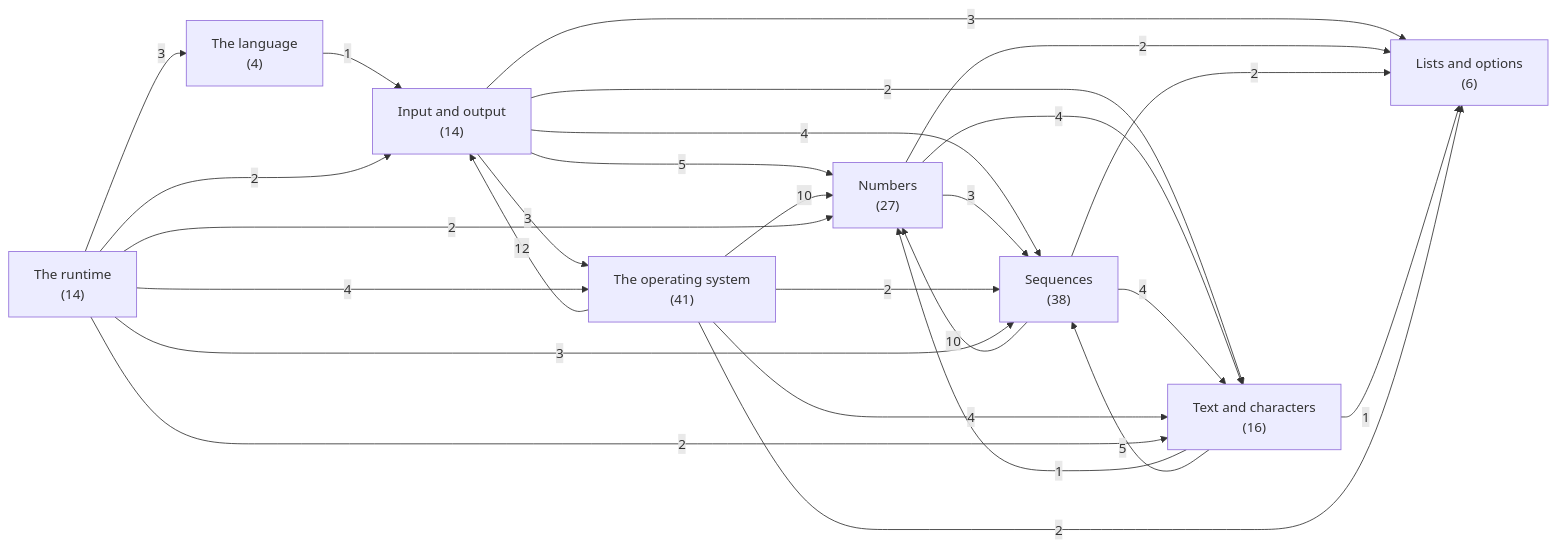
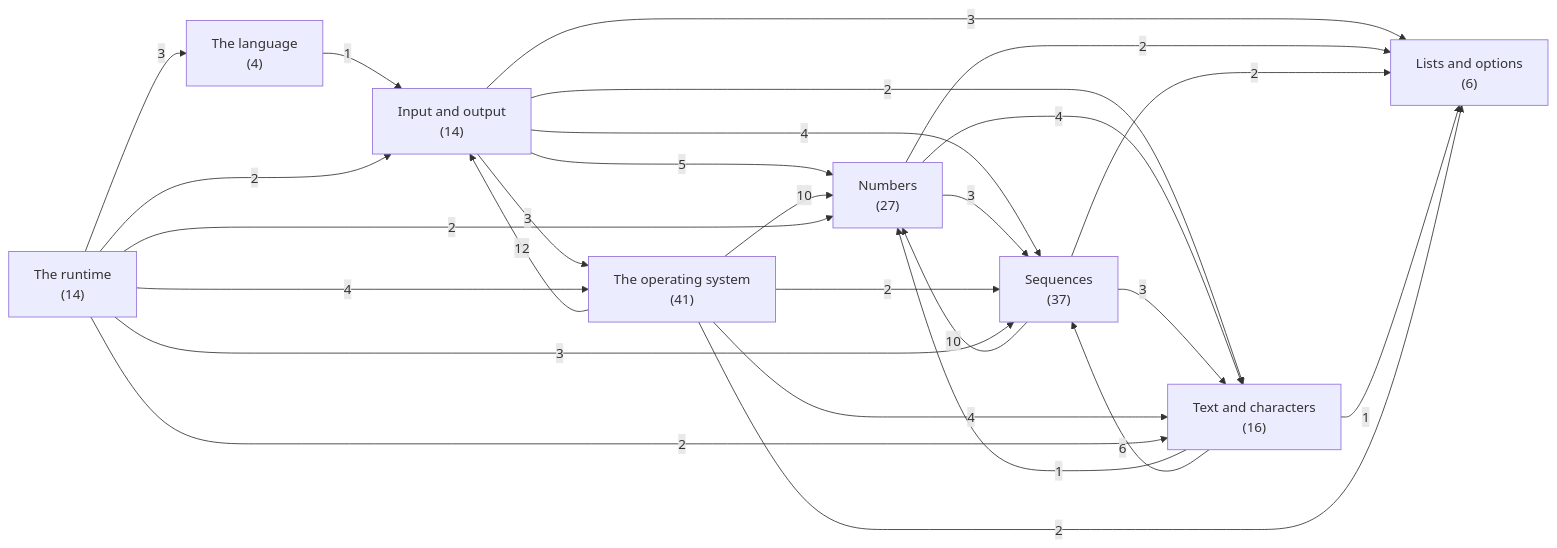
Before and after one commit to ruudkoot/rune: the first of 9 diagrams in docs/lib/basis/depends.md, drawn with Mermaid. The commit also changed other lines of this file and 80 other files, not shown here.

````diff
--- a/docs/lib/basis/depends.md
+++ b/docs/lib/basis/depends.md
@@ -24,37 +24,37 @@
 ```mermaid
 flowchart LR
   a0["The language<br>(4)"]
   a1["Text and characters<br>(16)"]
   a2["Lists and options<br>(6)"]
   a3["Numbers<br>(27)"]
-  a4["Sequences<br>(38)"]
+  a4["Sequences<br>(37)"]
   a5["The operating system<br>(41)"]
   a6["Input and output<br>(14)"]
   a7["The runtime<br>(14)"]
   a6 -- 3 --> a2
   a6 -- 5 --> a3
   a6 -- 4 --> a4
   a6 -- 2 --> a1
   a6 -- 3 --> a5
   a3 -- 2 --> a2
   a3 -- 3 --> a4
   a3 -- 4 --> a1
   a4 -- 2 --> a2
   a4 -- 10 --> a3
-  a4 -- 4 --> a1
+  a4 -- 3 --> a1
   a1 -- 1 --> a2
   a1 -- 1 --> a3
-  a1 -- 5 --> a4
+  a1 -- 6 --> a4
   a0 -- 1 --> a6
   a5 -- 12 --> a6
   a5 -- 2 --> a2
   a5 -- 10 --> a3
   a5 -- 2 --> a4
   a5 -- 4 --> a1
   a7 -- 2 --> a6
   a7 -- 2 --> a3
   a7 -- 3 --> a4
   a7 -- 2 --> a1
   a7 -- 3 --> a0
   a7 -- 4 --> a5
 ```
````
